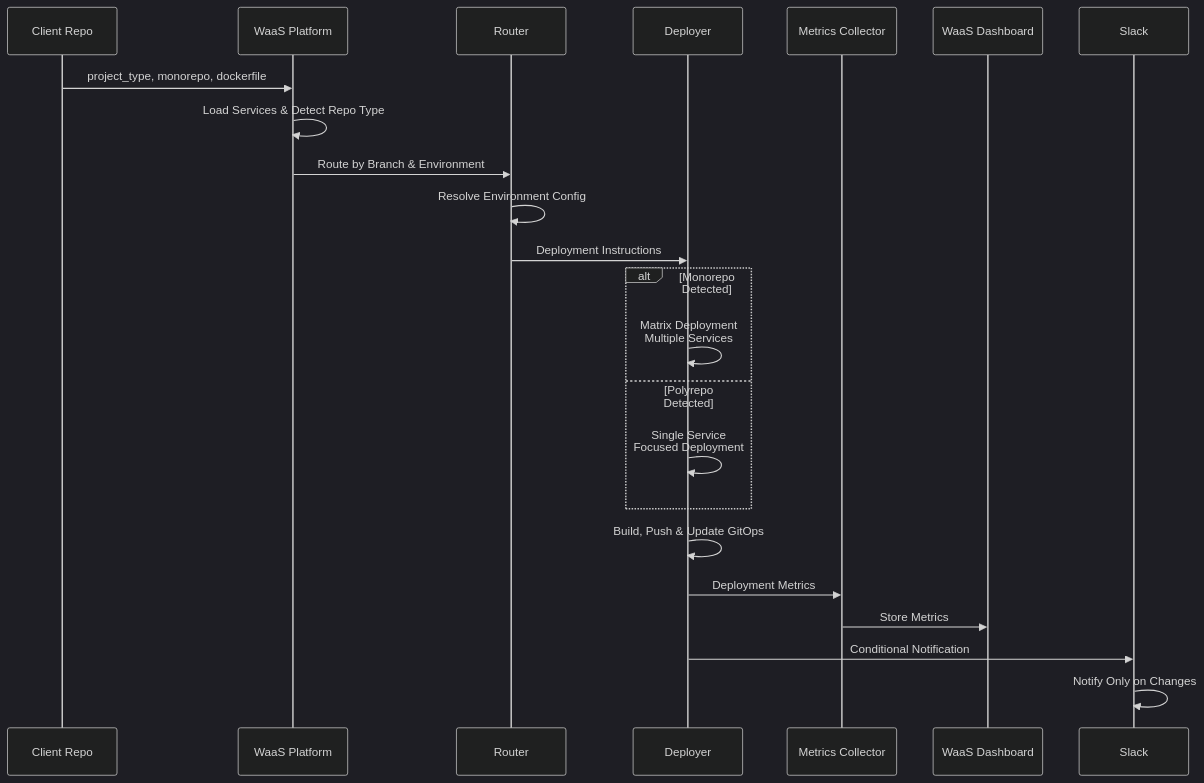
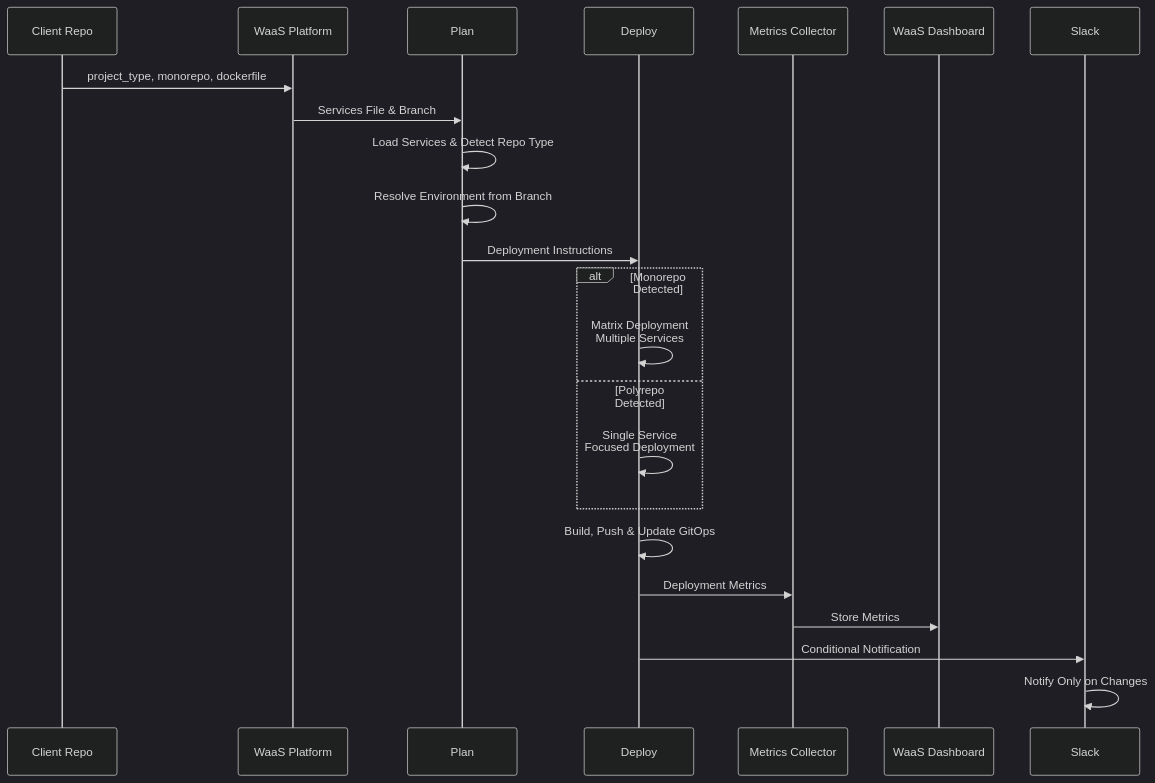
Before and after one commit to SeamlessOps/waas: the second of 2 diagrams in .github/workflows/docs/WAAS.md, drawn with Mermaid (dark theme). The commit also changed other lines of this file and 26 other files, not shown here.

Commit message:
Validate, plan, deploy: waas plan replaces the router; image signing with cosign, verified on promotion; release the CLI: signed binaries, setup-waas action, Makefile

````diff
--- a/.github/workflows/docs/WAAS.md
+++ b/.github/workflows/docs/WAAS.md
@@ -70,28 +67,28 @@
 ```mermaid
 sequenceDiagram
     participant C as Client Repo
     participant W as WaaS Platform
-    participant R as Router
-    participant D as Deployer
+    participant P as Plan
+    participant D as Deploy
     participant M as Metrics Collector
     participant DB as WaaS Dashboard
     participant S as Slack
     
     C->>W: project_type, monorepo, dockerfile
-    W->>W: Load Services & Detect Repo Type
-    W->>R: Route by Branch & Environment
-    R->>R: Resolve Environment Config
-    R->>D: Deployment Instructions
+    W->>P: Services File & Branch
+    P->>P: Load Services & Detect Repo Type
+    P->>P: Resolve Environment from Branch
+    P->>D: Deployment Instructions
     
     alt Monorepo Detected
         D->>D: Matrix Deployment<br/>Multiple Services
     else Polyrepo Detected
         D->>D: Single Service<br/>Focused Deployment
     end
     
     D->>D: Build, Push & Update GitOps
     D->>M: Deployment Metrics
     M->>DB: Store Metrics
     D->>S: Conditional Notification
     S->>S: Notify Only on Changes
 ```
````
